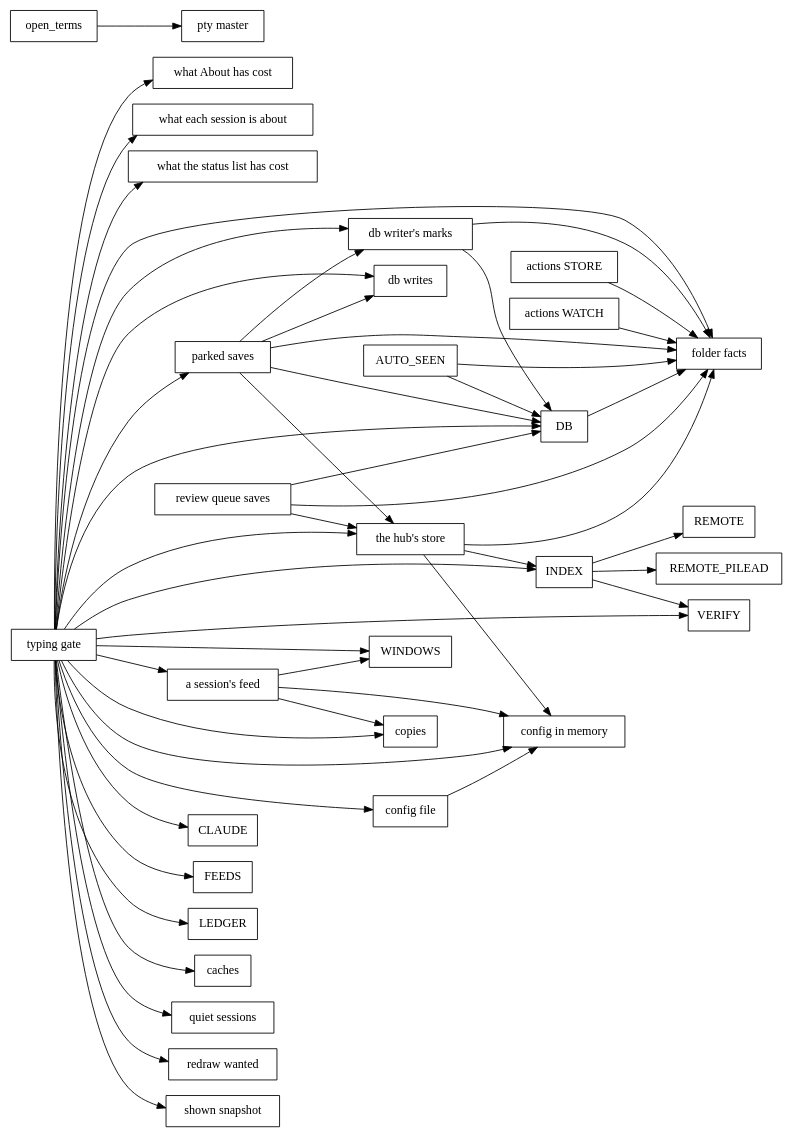
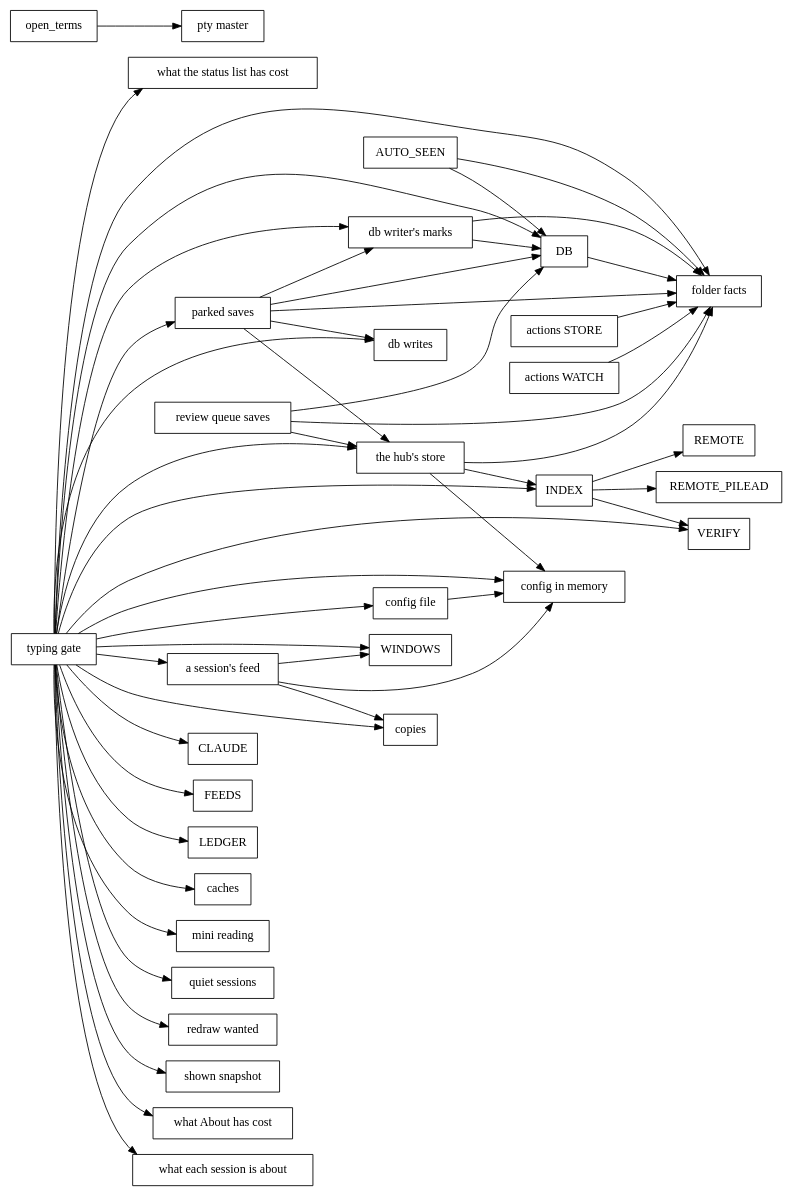
Before and after one commit to spacegrowth/cue: the diagram in docs/dev/lock-graph.dot, drawn with Graphviz. The commit also changed 11 other files, not shown here.

```diff
--- a/docs/dev/lock-graph.dot
+++ b/docs/dev/lock-graph.dot
@@ -1,54 +1,55 @@
 // Generated by `cargo run -p xtask -- inventory`; don't edit by hand.
 digraph locks {
   rankdir=LR;
   node [shape=box];
   "AUTO_SEEN" -> "DB";
   "AUTO_SEEN" -> "folder facts";
   "DB" -> "folder facts";
   "INDEX" -> "REMOTE";
   "INDEX" -> "REMOTE_PILEAD";
   "INDEX" -> "VERIFY";
   "a session's feed" -> "WINDOWS";
   "a session's feed" -> "config in memory";
   "a session's feed" -> "copies";
   "actions STORE" -> "folder facts";
   "actions WATCH" -> "folder facts";
   "config file" -> "config in memory";
   "db writer's marks" -> "DB";
   "db writer's marks" -> "folder facts";
   "open_terms" -> "pty master";
   "parked saves" -> "DB";
   "parked saves" -> "db writer's marks";
   "parked saves" -> "db writes";
   "parked saves" -> "folder facts";
   "parked saves" -> "the hub's store";
   "review queue saves" -> "DB";
   "review queue saves" -> "folder facts";
   "review queue saves" -> "the hub's store";
   "the hub's store" -> "INDEX";
   "the hub's store" -> "config in memory";
   "the hub's store" -> "folder facts";
   "typing gate" -> "CLAUDE";
   "typing gate" -> "DB";
   "typing gate" -> "FEEDS";
   "typing gate" -> "INDEX";
   "typing gate" -> "LEDGER";
   "typing gate" -> "VERIFY";
   "typing gate" -> "WINDOWS";
   "typing gate" -> "a session's feed";
   "typing gate" -> "caches";
   "typing gate" -> "config file";
   "typing gate" -> "config in memory";
   "typing gate" -> "copies";
   "typing gate" -> "db writer's marks";
   "typing gate" -> "db writes";
   "typing gate" -> "folder facts";
+  "typing gate" -> "mini reading";
   "typing gate" -> "parked saves";
   "typing gate" -> "quiet sessions";
   "typing gate" -> "redraw wanted";
   "typing gate" -> "shown snapshot";
   "typing gate" -> "the hub's store";
   "typing gate" -> "what About has cost";
   "typing gate" -> "what each session is about";
   "typing gate" -> "what the status list has cost";
 }
```
